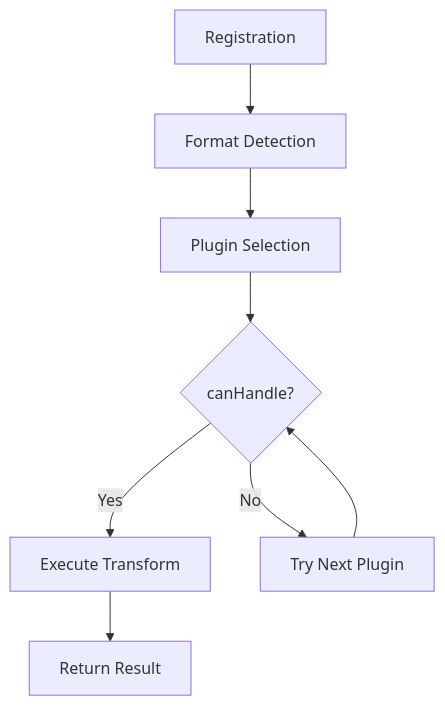
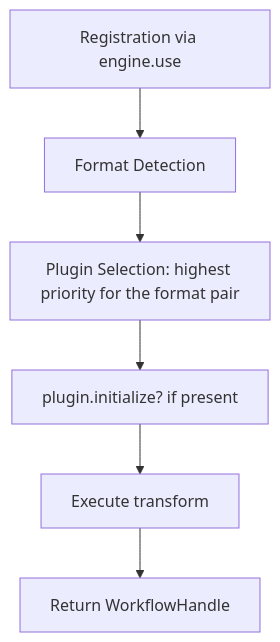
One commit to pie-framework/pie-qti changed the diagram in docs/TRANSFORMATION-ENGINE.md. Above: the diagram before and after it, drawn with Mermaid. The commit also changed other lines of this file and 266 other files, not shown here.

````diff
--- a/docs/TRANSFORMATION-ENGINE.md
+++ b/docs/TRANSFORMATION-ENGINE.md
@@ -181,10 +182,8 @@
 ```mermaid
 graph TD
-    A[Registration] --> B[Format Detection]
-    B --> C[Plugin Selection]
-    C --> D{canHandle?}
-    D -->|Yes| E[Execute Transform]
-    D -->|No| F[Try Next Plugin]
-    F --> D
-    E --> G[Return Result]
+    A[Registration via engine.use] --> B[Format Detection]
+    B --> C[Plugin Selection: highest priority for the format pair]
+    C --> D["plugin.initialize? if present"]
+    D --> E[Execute transform]
+    E --> G[Return WorkflowHandle]
 ```
````
